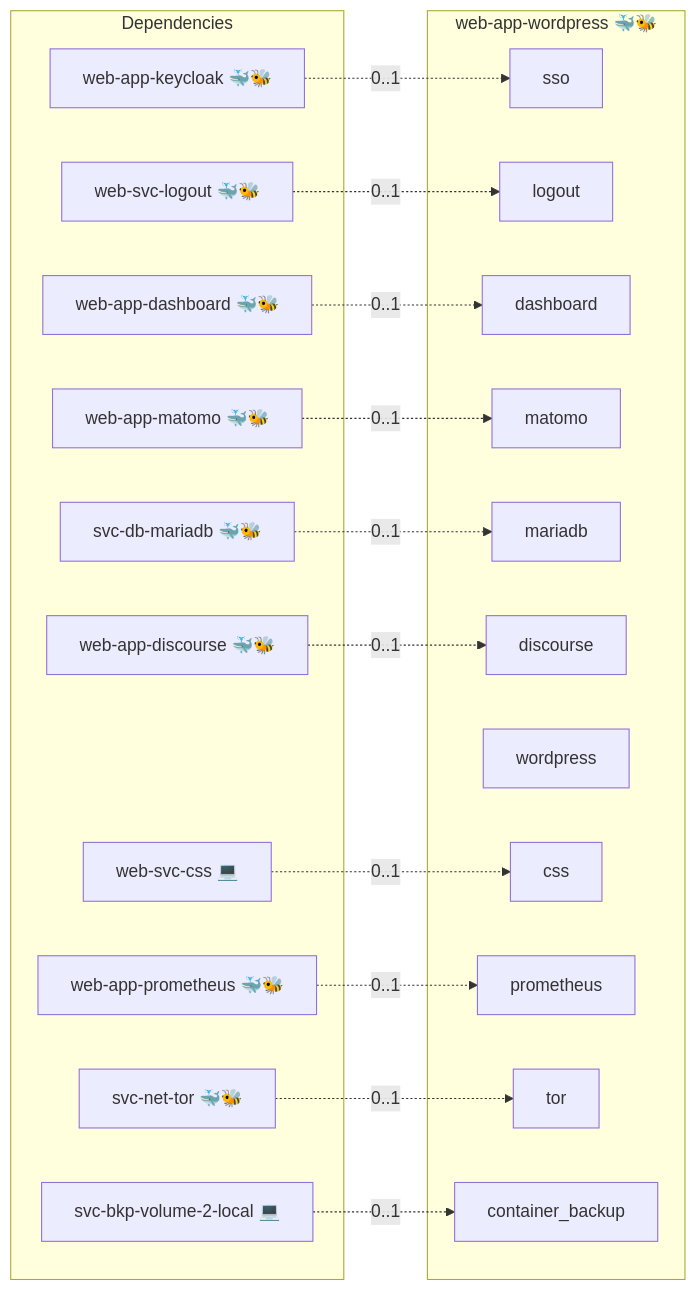
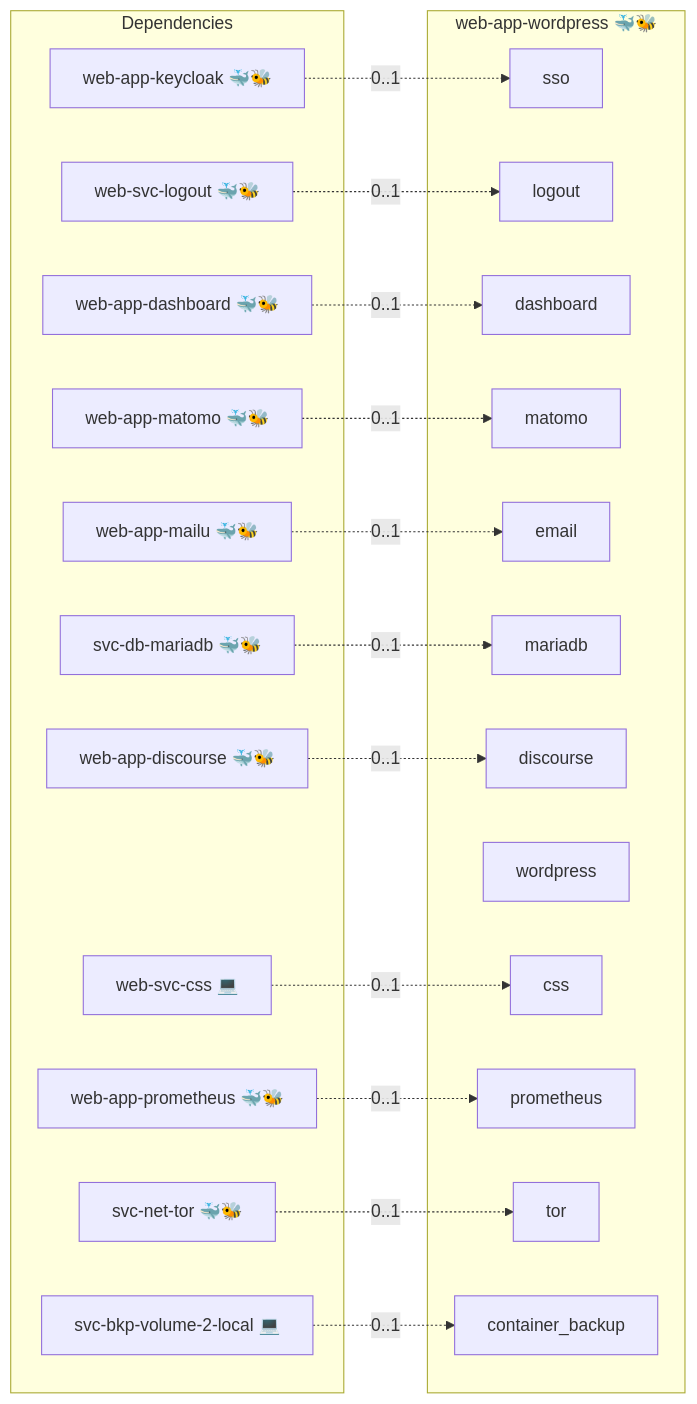
One commit to AlejandroRomanIbanez/infinito-nexus changed the diagram in roles/web-app-wordpress/README.md. Above: the diagram before and after it, drawn with Mermaid. The commit also changed 3 other files, not shown here.

````diff
--- a/roles/web-app-wordpress/README.md
+++ b/roles/web-app-wordpress/README.md
@@ -38,38 +38,41 @@
 ```mermaid
 flowchart LR
     subgraph deps [Dependencies]
         dep_svc_bkp_volume_2_local["svc-bkp-volume-2-local 💻"]
         dep_svc_db_mariadb["svc-db-mariadb 🐳🐝"]
         dep_svc_net_tor["svc-net-tor 🐳🐝"]
         dep_web_app_dashboard["web-app-dashboard 🐳🐝"]
         dep_web_app_discourse["web-app-discourse 🐳🐝"]
         dep_web_app_keycloak["web-app-keycloak 🐳🐝"]
+        dep_web_app_mailu["web-app-mailu 🐳🐝"]
         dep_web_app_matomo["web-app-matomo 🐳🐝"]
         dep_web_app_prometheus["web-app-prometheus 🐳🐝"]
         dep_web_svc_css["web-svc-css 💻"]
         dep_web_svc_logout["web-svc-logout 🐳🐝"]
     end
     subgraph role [web-app-wordpress 🐳🐝]
         svc_sso["sso"]
         svc_logout["logout"]
         svc_dashboard["dashboard"]
         svc_matomo["matomo"]
+        svc_email["email"]
         svc_mariadb["mariadb"]
         svc_discourse["discourse"]
         svc_wordpress["wordpress"]
         svc_css["css"]
         svc_prometheus["prometheus"]
         svc_tor["tor"]
         svc_container_backup["container_backup"]
     end
     dep_svc_bkp_volume_2_local -. "0..1" .-> svc_container_backup
     dep_svc_db_mariadb -. "0..1" .-> svc_mariadb
     dep_svc_net_tor -. "0..1" .-> svc_tor
     dep_web_app_dashboard -. "0..1" .-> svc_dashboard
     dep_web_app_discourse -. "0..1" .-> svc_discourse
     dep_web_app_keycloak -. "0..1" .-> svc_sso
+    dep_web_app_mailu -. "0..1" .-> svc_email
     dep_web_app_matomo -. "0..1" .-> svc_matomo
     dep_web_app_prometheus -. "0..1" .-> svc_prometheus
     dep_web_svc_css -. "0..1" .-> svc_css
     dep_web_svc_logout -. "0..1" .-> svc_logout
 ```
````
